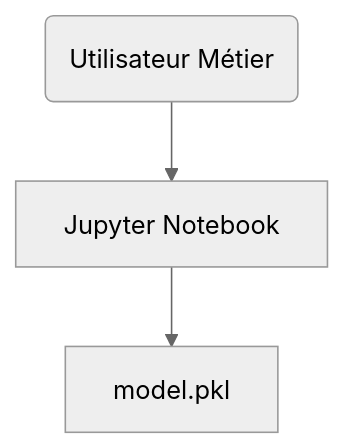
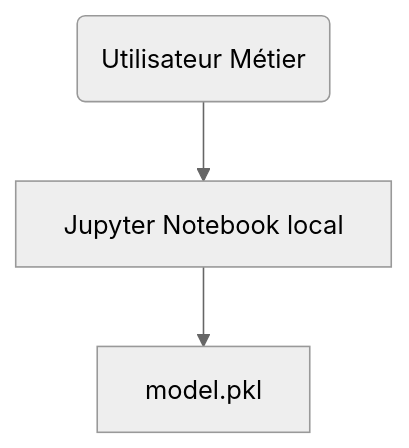
Before and after one commit to ssime-git/tp_mlops_introduction: the diagram in instructions/FR/01_instructions_fr.md, drawn with Mermaid (neutral theme). The commit also changed other lines of this file, not shown here.

````diff
--- a/instructions/FR/01_instructions_fr.md
+++ b/instructions/FR/01_instructions_fr.md
@@ -62,7 +87,7 @@
 ```mermaid
 graph TD
     METIER(Utilisateur Métier)
-    NOTEBOOK[Jupyter Notebook]
+    NOTEBOOK[Jupyter Notebook local]
     MODELE[model.pkl]
     METIER --> NOTEBOOK --> MODELE
 ```
````
